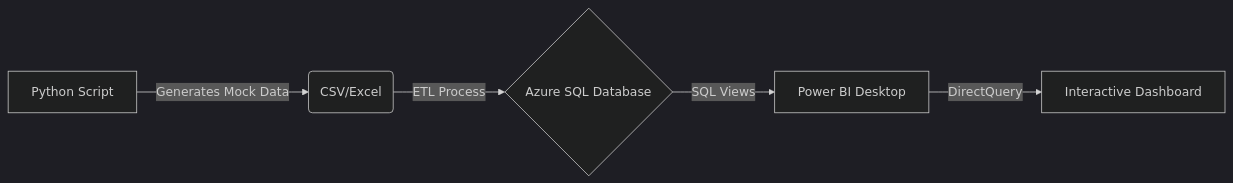
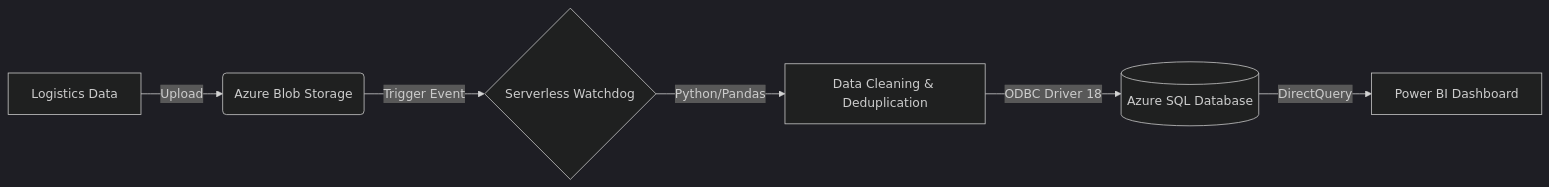
Before and after one commit to afwalid37-art/azure-logistics-control-tower: the diagram in README.md, drawn with Mermaid (dark theme). The commit also changed other lines of this file, not shown here.

````diff
--- a/README.md
+++ b/README.md
@@ -19,8 +19,9 @@
 ```mermaid
 graph LR
-    A[Python Script] -->|Generates Mock Data| B(CSV/Excel)
-    B -->|ETL Process| C{Azure SQL Database}
-    C -->|SQL Views| D[Power BI Desktop]
-    D -->|DirectQuery| E[Interactive Dashboard]
+    A[Logistics Data] -->|Upload| B(Azure Blob Storage)
+    B -->|Trigger Event| C{Serverless Watchdog}
+    C -->|Python/Pandas| D[Data Cleaning & Deduplication]
+    D -->|ODBC Driver 18| E[(Azure SQL Database)]
+    E -->|DirectQuery| F[Power BI Dashboard]
 
 ```
````
